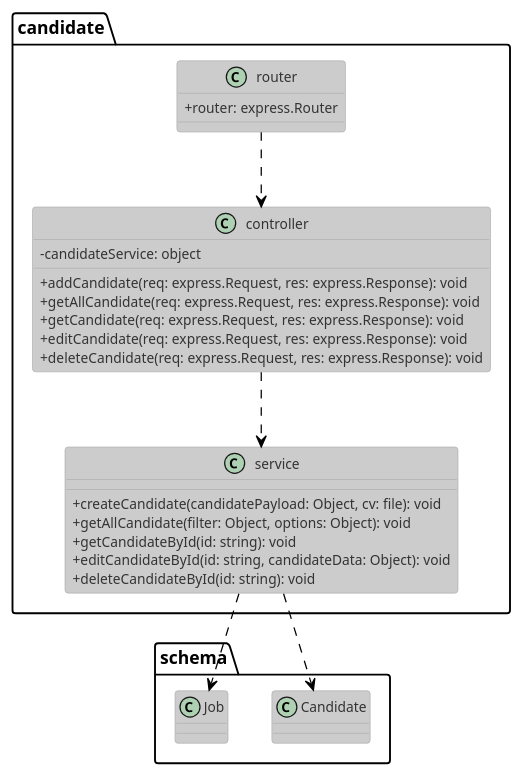
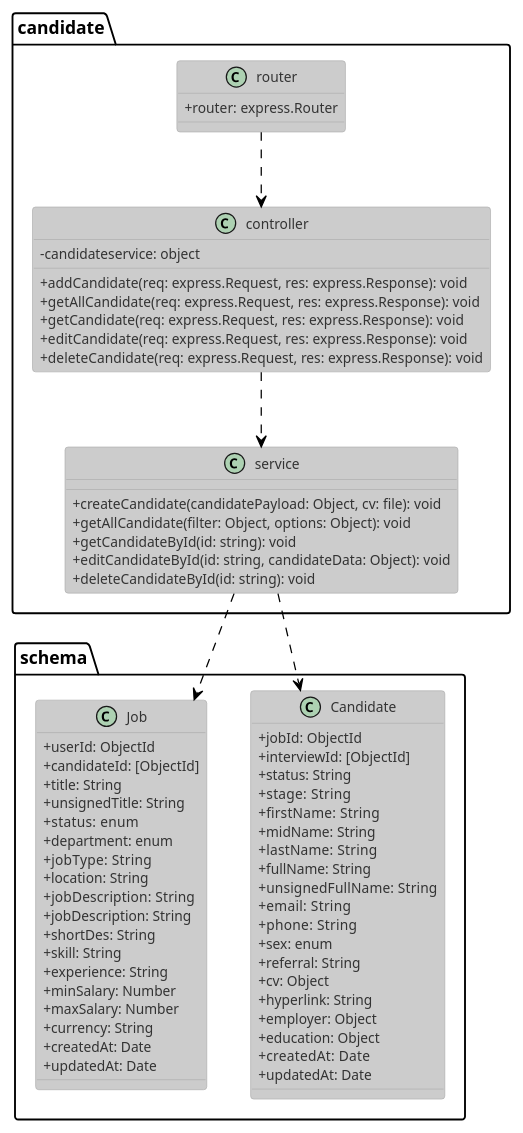
One commit to tuannm99/RMS changed the diagram in plantuml/class/candidate.puml. Above: the diagram before and after it, drawn with PlantUML. The commit also changed 8 other files, not shown here.

```diff
--- a/plantuml/class/candidate.puml
+++ b/plantuml/class/candidate.puml
@@ -1,39 +1,74 @@
 @startuml authClass
 !theme reddress-lightblue
 
 skinparam classAttributeIconSize 0
 class candidate.controller{
-    - {field} candidateService: object
+    - {field} candidateservice: object
 
     + {method} addCandidate(req: express.Request, res: express.Response): void
     + {method} getAllCandidate(req: express.Request, res: express.Response): void
     + {method} getCandidate(req: express.Request, res: express.Response): void
     + {method} editCandidate(req: express.Request, res: express.Response): void
     + {method} deleteCandidate(req: express.Request, res: express.Response): void
 }
 
 class candidate.service{
     + {method} createCandidate(candidatePayload: Object, cv: file): void
     + {method} getAllCandidate(filter: Object, options: Object): void
     + {method} getCandidateById(id: string): void
     + {method} editCandidateById(id: string, candidateData: Object): void
     + {method} deleteCandidateById(id: string): void
 }
 
 class candidate.router{
     + {field} router: express.Router
 }
 
 class schema.Candidate {
-
+    + {field} jobId: ObjectId
+    + {field} interviewId: [ObjectId]
+    + {field} status: String
+    + {field} stage:  String
+    + {field} firstName:  String 
+    + {field} midName: String
+    + {field} lastName:  String 
+    + {field} fullName: String 
+    + {field} unsignedFullName:  String
+    + {field} email:  String
+    + {field} phone:  String
+    + {field} sex: enum 
+    + {field} referral: String 
+    + {field} cv: Object
+    + {field} hyperlink: String 
+    + {field} employer: Object
+    + {field} education: Object
+    + {field} createdAt:  Date
+    + {field} updatedAt: Date
 }
 
 class schema.Job {
-
+    + {field} userId: ObjectId
+    + {field} candidateId: [ObjectId]
+    + {field} title: String
+    + {field} unsignedTitle: String
+    + {field} status:  enum 
+    + {field} department: enum
+    + {field} jobType:  String 
+    + {field} location: String 
+    + {field} jobDescription:  String
+    + {field} jobDescription: String
+    + {field} shortDes: String
+    + {field} skill: String
+    + {field} experience: String
+    + {field} minSalary: Number
+    + {field} maxSalary: Number
+    + {field} currency: String
+    + {field} createdAt: Date
+    + {field} updatedAt: Date
 }
 
 candidate.router ..> candidate.controller
 candidate.controller ..> candidate.service
 candidate.service ..> schema.Candidate
 candidate.service ..> schema.Job
 @enduml
```
